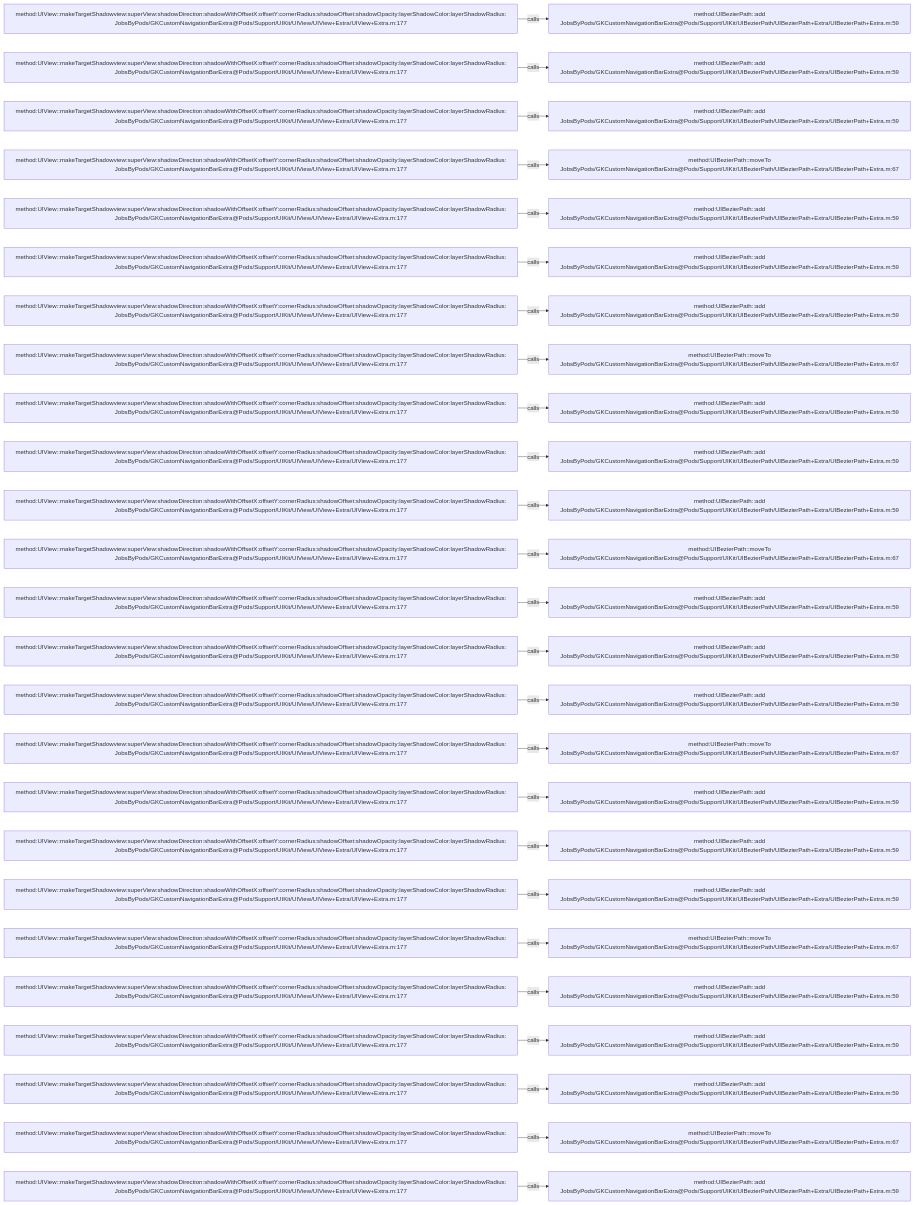
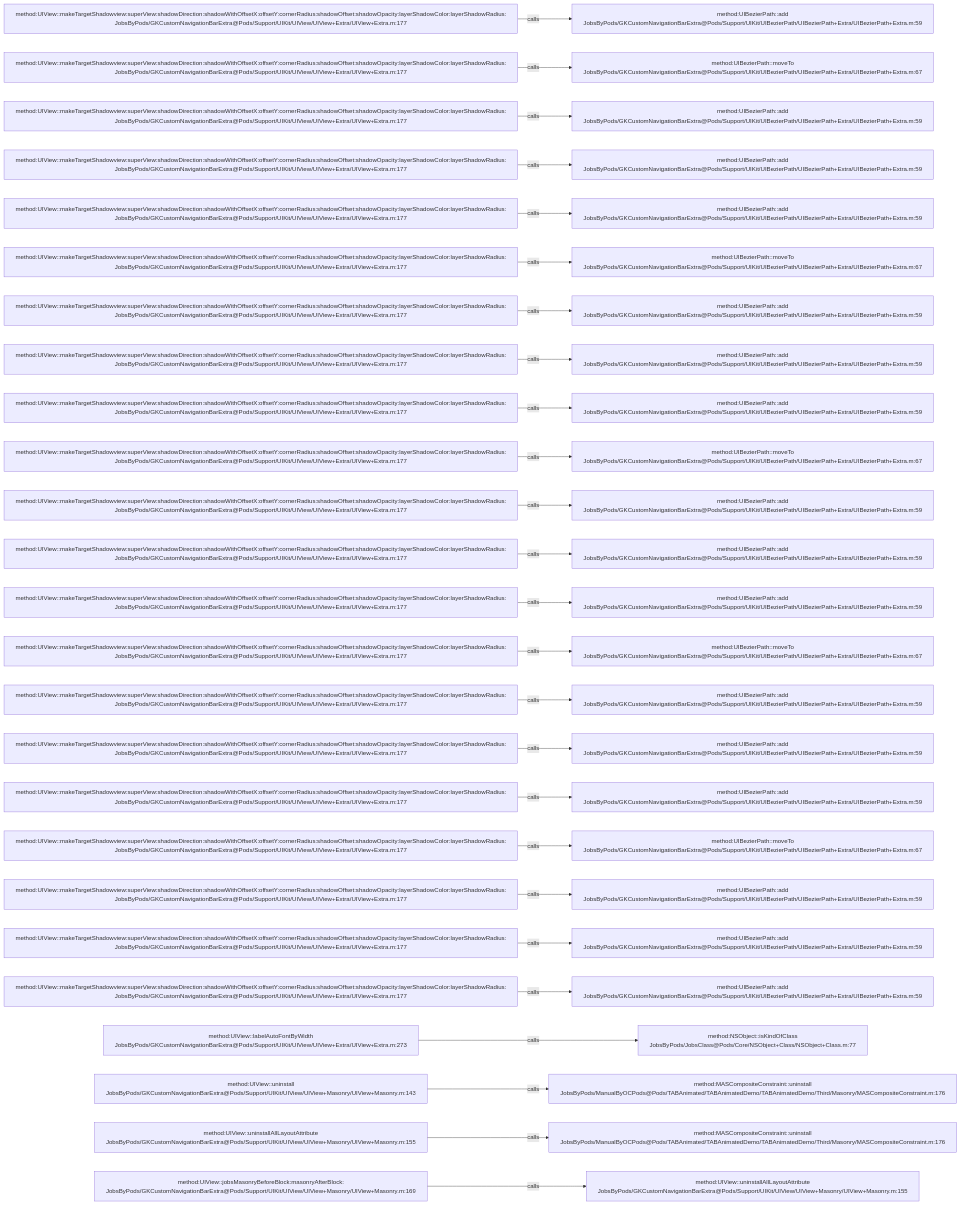
Before and after one commit to JobsKits/JobsOCBaseConfigDemo: the diagram in .codegraph/codegraph.md/graphs/calls-008.md, drawn with Mermaid. The commit also changed 639 other files, not shown here.

````diff
--- a/.codegraph/codegraph.md/graphs/calls-008.md
+++ b/.codegraph/codegraph.md/graphs/calls-008.md
@@ -13,78 +13,78 @@
 ```mermaid
 flowchart LR
   S1["method:UIView::makeTargetShadowview:superView:shadowDirection:shadowWithOffsetX:offsetY:cornerRadius:shadowOffset:shadowOpacity:layerShadowColor:layerShadowRadius:<br/>JobsByPods/GKCustomNavigationBarExtra@Pods/Support/UIKit/UIView/UIView+Extra/UIView+Extra.m:177"]
   T1["method:UIBezierPath::add<br/>JobsByPods/GKCustomNavigationBarExtra@Pods/Support/UIKit/UIBezierPath/UIBezierPath+Extra/UIBezierPath+Extra.m:59"]
   S1 -->|calls| T1
   S2["method:UIView::makeTargetShadowview:superView:shadowDirection:shadowWithOffsetX:offsetY:cornerRadius:shadowOffset:shadowOpacity:layerShadowColor:layerShadowRadius:<br/>JobsByPods/GKCustomNavigationBarExtra@Pods/Support/UIKit/UIView/UIView+Extra/UIView+Extra.m:177"]
-  T2["method:UIBezierPath::add<br/>JobsByPods/GKCustomNavigationBarExtra@Pods/Support/UIKit/UIBezierPath/UIBezierPath+Extra/UIBezierPath+Extra.m:59"]
+  T2["method:UIBezierPath::moveTo<br/>JobsByPods/GKCustomNavigationBarExtra@Pods/Support/UIKit/UIBezierPath/UIBezierPath+Extra/UIBezierPath+Extra.m:67"]
   S2 -->|calls| T2
   S3["method:UIView::makeTargetShadowview:superView:shadowDirection:shadowWithOffsetX:offsetY:cornerRadius:shadowOffset:shadowOpacity:layerShadowColor:layerShadowRadius:<br/>JobsByPods/GKCustomNavigationBarExtra@Pods/Support/UIKit/UIView/UIView+Extra/UIView+Extra.m:177"]
   T3["method:UIBezierPath::add<br/>JobsByPods/GKCustomNavigationBarExtra@Pods/Support/UIKit/UIBezierPath/UIBezierPath+Extra/UIBezierPath+Extra.m:59"]
   S3 -->|calls| T3
   S4["method:UIView::makeTargetShadowview:superView:shadowDirection:shadowWithOffsetX:offsetY:cornerRadius:shadowOffset:shadowOpacity:layerShadowColor:layerShadowRadius:<br/>JobsByPods/GKCustomNavigationBarExtra@Pods/Support/UIKit/UIView/UIView+Extra/UIView+Extra.m:177"]
-  T4["method:UIBezierPath::moveTo<br/>JobsByPods/GKCustomNavigationBarExtra@Pods/Support/UIKit/UIBezierPath/UIBezierPath+Extra/UIBezierPath+Extra.m:67"]
+  T4["method:UIBezierPath::add<br/>JobsByPods/GKCustomNavigationBarExtra@Pods/Support/UIKit/UIBezierPath/UIBezierPath+Extra/UIBezierPath+Extra.m:59"]
   S4 -->|calls| T4
   S5["method:UIView::makeTargetShadowview:superView:shadowDirection:shadowWithOffsetX:offsetY:cornerRadius:shadowOffset:shadowOpacity:layerShadowColor:layerShadowRadius:<br/>JobsByPods/GKCustomNavigationBarExtra@Pods/Support/UIKit/UIView/UIView+Extra/UIView+Extra.m:177"]
   T5["method:UIBezierPath::add<br/>JobsByPods/GKCustomNavigationBarExtra@Pods/Support/UIKit/UIBezierPath/UIBezierPath+Extra/UIBezierPath+Extra.m:59"]
   S5 -->|calls| T5
   S6["method:UIView::makeTargetShadowview:superView:shadowDirection:shadowWithOffsetX:offsetY:cornerRadius:shadowOffset:shadowOpacity:layerShadowColor:layerShadowRadius:<br/>JobsByPods/GKCustomNavigationBarExtra@Pods/Support/UIKit/UIView/UIView+Extra/UIView+Extra.m:177"]
-  T6["method:UIBezierPath::add<br/>JobsByPods/GKCustomNavigationBarExtra@Pods/Support/UIKit/UIBezierPath/UIBezierPath+Extra/UIBezierPath+Extra.m:59"]
+  T6["method:UIBezierPath::moveTo<br/>JobsByPods/GKCustomNavigationBarExtra@Pods/Support/UIKit/UIBezierPath/UIBezierPath+Extra/UIBezierPath+Extra.m:67"]
   S6 -->|calls| T6
   S7["method:UIView::makeTargetShadowview:superView:shadowDirection:shadowWithOffsetX:offsetY:cornerRadius:shadowOffset:shadowOpacity:layerShadowColor:layerShadowRadius:<br/>JobsByPods/GKCustomNavigationBarExtra@Pods/Support/UIKit/UIView/UIView+Extra/UIView+Extra.m:177"]
   T7["method:UIBezierPath::add<br/>JobsByPods/GKCustomNavigationBarExtra@Pods/Support/UIKit/UIBezierPath/UIBezierPath+Extra/UIBezierPath+Extra.m:59"]
   S7 -->|calls| T7
   S8["method:UIView::makeTargetShadowview:superView:shadowDirection:shadowWithOffsetX:offsetY:cornerRadius:shadowOffset:shadowOpacity:layerShadowColor:layerShadowRadius:<br/>JobsByPods/GKCustomNavigationBarExtra@Pods/Support/UIKit/UIView/UIView+Extra/UIView+Extra.m:177"]
-  T8["method:UIBezierPath::moveTo<br/>JobsByPods/GKCustomNavigationBarExtra@Pods/Support/UIKit/UIBezierPath/UIBezierPath+Extra/UIBezierPath+Extra.m:67"]
+  T8["method:UIBezierPath::add<br/>JobsByPods/GKCustomNavigationBarExtra@Pods/Support/UIKit/UIBezierPath/UIBezierPath+Extra/UIBezierPath+Extra.m:59"]
   S8 -->|calls| T8
   S9["method:UIView::makeTargetShadowview:superView:shadowDirection:shadowWithOffsetX:offsetY:cornerRadius:shadowOffset:shadowOpacity:layerShadowColor:layerShadowRadius:<br/>JobsByPods/GKCustomNavigationBarExtra@Pods/Support/UIKit/UIView/UIView+Extra/UIView+Extra.m:177"]
   T9["method:UIBezierPath::add<br/>JobsByPods/GKCustomNavigationBarExtra@Pods/Support/UIKit/UIBezierPath/UIBezierPath+Extra/UIBezierPath+Extra.m:59"]
   S9 -->|calls| T9
   S10["method:UIView::makeTargetShadowview:superView:shadowDirection:shadowWithOffsetX:offsetY:cornerRadius:shadowOffset:shadowOpacity:layerShadowColor:layerShadowRadius:<br/>JobsByPods/GKCustomNavigationBarExtra@Pods/Support/UIKit/UIView/UIView+Extra/UIView+Extra.m:177"]
-  T10["method:UIBezierPath::add<br/>JobsByPods/GKCustomNavigationBarExtra@Pods/Support/UIKit/UIBezierPath/UIBezierPath+Extra/UIBezierPath+Extra.m:59"]
+  T10["method:UIBezierPath::moveTo<br/>JobsByPods/GKCustomNavigationBarExtra@Pods/Support/UIKit/UIBezierPath/UIBezierPath+Extra/UIBezierPath+Extra.m:67"]
   S10 -->|calls| T10
   S11["method:UIView::makeTargetShadowview:superView:shadowDirection:shadowWithOffsetX:offsetY:cornerRadius:shadowOffset:shadowOpacity:layerShadowColor:layerShadowRadius:<br/>JobsByPods/GKCustomNavigationBarExtra@Pods/Support/UIKit/UIView/UIView+Extra/UIView+Extra.m:177"]
   T11["method:UIBezierPath::add<br/>JobsByPods/GKCustomNavigationBarExtra@Pods/Support/UIKit/UIBezierPath/UIBezierPath+Extra/UIBezierPath+Extra.m:59"]
   S11 -->|calls| T11
   S12["method:UIView::makeTargetShadowview:superView:shadowDirection:shadowWithOffsetX:offsetY:cornerRadius:shadowOffset:shadowOpacity:layerShadowColor:layerShadowRadius:<br/>JobsByPods/GKCustomNavigationBarExtra@Pods/Support/UIKit/UIView/UIView+Extra/UIView+Extra.m:177"]
-  T12["method:UIBezierPath::moveTo<br/>JobsByPods/GKCustomNavigationBarExtra@Pods/Support/UIKit/UIBezierPath/UIBezierPath+Extra/UIBezierPath+Extra.m:67"]
+  T12["method:UIBezierPath::add<br/>JobsByPods/GKCustomNavigationBarExtra@Pods/Support/UIKit/UIBezierPath/UIBezierPath+Extra/UIBezierPath+Extra.m:59"]
   S12 -->|calls| T12
   S13["method:UIView::makeTargetShadowview:superView:shadowDirection:shadowWithOffsetX:offsetY:cornerRadius:shadowOffset:shadowOpacity:layerShadowColor:layerShadowRadius:<br/>JobsByPods/GKCustomNavigationBarExtra@Pods/Support/UIKit/UIView/UIView+Extra/UIView+Extra.m:177"]
   T13["method:UIBezierPath::add<br/>JobsByPods/GKCustomNavigationBarExtra@Pods/Support/UIKit/UIBezierPath/UIBezierPath+Extra/UIBezierPath+Extra.m:59"]
   S13 -->|calls| T13
   S14["method:UIView::makeTargetShadowview:superView:shadowDirection:shadowWithOffsetX:offsetY:cornerRadius:shadowOffset:shadowOpacity:layerShadowColor:layerShadowRadius:<br/>JobsByPods/GKCustomNavigationBarExtra@Pods/Support/UIKit/UIView/UIView+Extra/UIView+Extra.m:177"]
-  T14["method:UIBezierPath::add<br/>JobsByPods/GKCustomNavigationBarExtra@Pods/Support/UIKit/UIBezierPath/UIBezierPath+Extra/UIBezierPath+Extra.m:59"]
+  T14["method:UIBezierPath::moveTo<br/>JobsByPods/GKCustomNavigationBarExtra@Pods/Support/UIKit/UIBezierPath/UIBezierPath+Extra/UIBezierPath+Extra.m:67"]
   S14 -->|calls| T14
   S15["method:UIView::makeTargetShadowview:superView:shadowDirection:shadowWithOffsetX:offsetY:cornerRadius:shadowOffset:shadowOpacity:layerShadowColor:layerShadowRadius:<br/>JobsByPods/GKCustomNavigationBarExtra@Pods/Support/UIKit/UIView/UIView+Extra/UIView+Extra.m:177"]
   T15["method:UIBezierPath::add<br/>JobsByPods/GKCustomNavigationBarExtra@Pods/Support/UIKit/UIBezierPath/UIBezierPath+Extra/UIBezierPath+Extra.m:59"]
   S15 -->|calls| T15
   S16["method:UIView::makeTargetShadowview:superView:shadowDirection:shadowWithOffsetX:offsetY:cornerRadius:shadowOffset:shadowOpacity:layerShadowColor:layerShadowRadius:<br/>JobsByPods/GKCustomNavigationBarExtra@Pods/Support/UIKit/UIView/UIView+Extra/UIView+Extra.m:177"]
-  T16["method:UIBezierPath::moveTo<br/>JobsByPods/GKCustomNavigationBarExtra@Pods/Support/UIKit/UIBezierPath/UIBezierPath+Extra/UIBezierPath+Extra.m:67"]
+  T16["method:UIBezierPath::add<br/>JobsByPods/GKCustomNavigationBarExtra@Pods/Support/UIKit/UIBezierPath/UIBezierPath+Extra/UIBezierPath+Extra.m:59"]
   S16 -->|calls| T16
   S17["method:UIView::makeTargetShadowview:superView:shadowDirection:shadowWithOffsetX:offsetY:cornerRadius:shadowOffset:shadowOpacity:layerShadowColor:layerShadowRadius:<br/>JobsByPods/GKCustomNavigationBarExtra@Pods/Support/UIKit/UIView/UIView+Extra/UIView+Extra.m:177"]
   T17["method:UIBezierPath::add<br/>JobsByPods/GKCustomNavigationBarExtra@Pods/Support/UIKit/UIBezierPath/UIBezierPath+Extra/UIBezierPath+Extra.m:59"]
   S17 -->|calls| T17
   S18["method:UIView::makeTargetShadowview:superView:shadowDirection:shadowWithOffsetX:offsetY:cornerRadius:shadowOffset:shadowOpacity:layerShadowColor:layerShadowRadius:<br/>JobsByPods/GKCustomNavigationBarExtra@Pods/Support/UIKit/UIView/UIView+Extra/UIView+Extra.m:177"]
-  T18["method:UIBezierPath::add<br/>JobsByPods/GKCustomNavigationBarExtra@Pods/Support/UIKit/UIBezierPath/UIBezierPath+Extra/UIBezierPath+Extra.m:59"]
+  T18["method:UIBezierPath::moveTo<br/>JobsByPods/GKCustomNavigationBarExtra@Pods/Support/UIKit/UIBezierPath/UIBezierPath+Extra/UIBezierPath+Extra.m:67"]
   S18 -->|calls| T18
   S19["method:UIView::makeTargetShadowview:superView:shadowDirection:shadowWithOffsetX:offsetY:cornerRadius:shadowOffset:shadowOpacity:layerShadowColor:layerShadowRadius:<br/>JobsByPods/GKCustomNavigationBarExtra@Pods/Support/UIKit/UIView/UIView+Extra/UIView+Extra.m:177"]
   T19["method:UIBezierPath::add<br/>JobsByPods/GKCustomNavigationBarExtra@Pods/Support/UIKit/UIBezierPath/UIBezierPath+Extra/UIBezierPath+Extra.m:59"]
   S19 -->|calls| T19
   S20["method:UIView::makeTargetShadowview:superView:shadowDirection:shadowWithOffsetX:offsetY:cornerRadius:shadowOffset:shadowOpacity:layerShadowColor:layerShadowRadius:<br/>JobsByPods/GKCustomNavigationBarExtra@Pods/Support/UIKit/UIView/UIView+Extra/UIView+Extra.m:177"]
-  T20["method:UIBezierPath::moveTo<br/>JobsByPods/GKCustomNavigationBarExtra@Pods/Support/UIKit/UIBezierPath/UIBezierPath+Extra/UIBezierPath+Extra.m:67"]
+  T20["method:UIBezierPath::add<br/>JobsByPods/GKCustomNavigationBarExtra@Pods/Support/UIKit/UIBezierPath/UIBezierPath+Extra/UIBezierPath+Extra.m:59"]
   S20 -->|calls| T20
   S21["method:UIView::makeTargetShadowview:superView:shadowDirection:shadowWithOffsetX:offsetY:cornerRadius:shadowOffset:shadowOpacity:layerShadowColor:layerShadowRadius:<br/>JobsByPods/GKCustomNavigationBarExtra@Pods/Support/UIKit/UIView/UIView+Extra/UIView+Extra.m:177"]
   T21["method:UIBezierPath::add<br/>JobsByPods/GKCustomNavigationBarExtra@Pods/Support/UIKit/UIBezierPath/UIBezierPath+Extra/UIBezierPath+Extra.m:59"]
   S21 -->|calls| T21
-  S22["method:UIView::makeTargetShadowview:superView:shadowDirection:shadowWithOffsetX:offsetY:cornerRadius:shadowOffset:shadowOpacity:layerShadowColor:layerShadowRadius:<br/>JobsByPods/GKCustomNavigationBarExtra@Pods/Support/UIKit/UIView/UIView+Extra/UIView+Extra.m:177"]
-  T22["method:UIBezierPath::add<br/>JobsByPods/GKCustomNavigationBarExtra@Pods/Support/UIKit/UIBezierPath/UIBezierPath+Extra/UIBezierPath+Extra.m:59"]
+  S22["method:UIView::labelAutoFontByWidth<br/>JobsByPods/GKCustomNavigationBarExtra@Pods/Support/UIKit/UIView/UIView+Extra/UIView+Extra.m:273"]
+  T22["method:NSObject::isKindOfClass<br/>JobsByPods/JobsClass@Pods/Core/NSObject+Class/NSObject+Class.m:77"]
   S22 -->|calls| T22
-  S23["method:UIView::makeTargetShadowview:superView:shadowDirection:shadowWithOffsetX:offsetY:cornerRadius:shadowOffset:shadowOpacity:layerShadowColor:layerShadowRadius:<br/>JobsByPods/GKCustomNavigationBarExtra@Pods/Support/UIKit/UIView/UIView+Extra/UIView+Extra.m:177"]
-  T23["method:UIBezierPath::add<br/>JobsByPods/GKCustomNavigationBarExtra@Pods/Support/UIKit/UIBezierPath/UIBezierPath+Extra/UIBezierPath+Extra.m:59"]
+  S23["method:UIView::uninstall<br/>JobsByPods/GKCustomNavigationBarExtra@Pods/Support/UIKit/UIView/UIView+Masonry/UIView+Masonry.m:143"]
+  T23["method:MASCompositeConstraint::uninstall<br/>JobsByPods/ManualByOCPods@Pods/TABAnimated/TABAnimatedDemo/TABAnimatedDemo/Third/Masonry/MASCompositeConstraint.m:176"]
   S23 -->|calls| T23
-  S24["method:UIView::makeTargetShadowview:superView:shadowDirection:shadowWithOffsetX:offsetY:cornerRadius:shadowOffset:shadowOpacity:layerShadowColor:layerShadowRadius:<br/>JobsByPods/GKCustomNavigationBarExtra@Pods/Support/UIKit/UIView/UIView+Extra/UIView+Extra.m:177"]
-  T24["method:UIBezierPath::moveTo<br/>JobsByPods/GKCustomNavigationBarExtra@Pods/Support/UIKit/UIBezierPath/UIBezierPath+Extra/UIBezierPath+Extra.m:67"]
+  S24["method:UIView::uninstallAllLayoutAttribute<br/>JobsByPods/GKCustomNavigationBarExtra@Pods/Support/UIKit/UIView/UIView+Masonry/UIView+Masonry.m:155"]
+  T24["method:MASCompositeConstraint::uninstall<br/>JobsByPods/ManualByOCPods@Pods/TABAnimated/TABAnimatedDemo/TABAnimatedDemo/Third/Masonry/MASCompositeConstraint.m:176"]
   S24 -->|calls| T24
-  S25["method:UIView::makeTargetShadowview:superView:shadowDirection:shadowWithOffsetX:offsetY:cornerRadius:shadowOffset:shadowOpacity:layerShadowColor:layerShadowRadius:<br/>JobsByPods/GKCustomNavigationBarExtra@Pods/Support/UIKit/UIView/UIView+Extra/UIView+Extra.m:177"]
-  T25["method:UIBezierPath::add<br/>JobsByPods/GKCustomNavigationBarExtra@Pods/Support/UIKit/UIBezierPath/UIBezierPath+Extra/UIBezierPath+Extra.m:59"]
+  S25["method:UIView::jobsMasonryBeforeBlock:masonryAfterBlock:<br/>JobsByPods/GKCustomNavigationBarExtra@Pods/Support/UIKit/UIView/UIView+Masonry/UIView+Masonry.m:169"]
+  T25["method:UIView::uninstallAllLayoutAttribute<br/>JobsByPods/GKCustomNavigationBarExtra@Pods/Support/UIKit/UIView/UIView+Masonry/UIView+Masonry.m:155"]
   S25 -->|calls| T25
 ```
````
